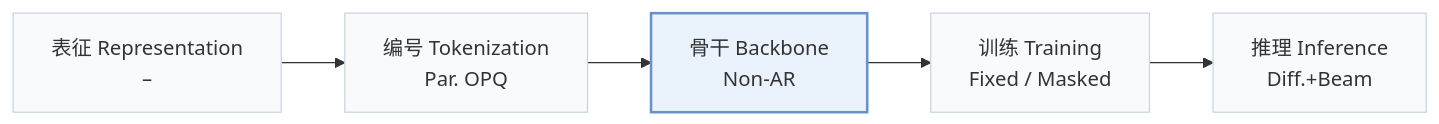
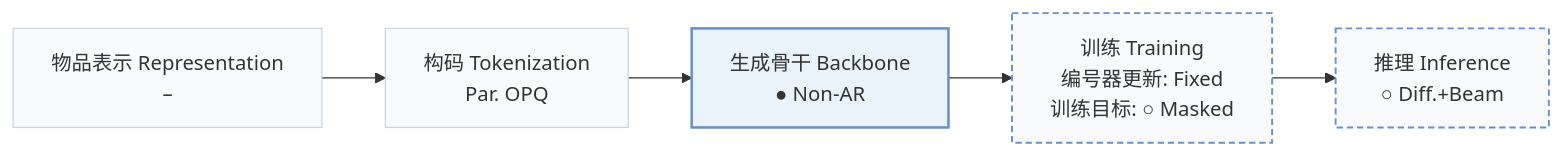
The first of 2 diagrams in pages/zh/papers/mdgr.md (Galaxy-ghost/Awesome-SID-Generative-Rec), drawn with Mermaid before and after one commit. The commit also changed other lines of this file and 558 other files, not shown here.

````diff
--- a/pages/zh/papers/mdgr.md
+++ b/pages/zh/papers/mdgr.md
@@ -15,8 +18,10 @@
 ```mermaid
 flowchart LR
-    R["表征 Representation<br/>–"] --> T["编号 Tokenization<br/>Par. OPQ"] --> B["骨干 Backbone<br/>Non-AR"] --> TR["训练 Training<br/>Fixed / Masked"] --> I["推理 Inference<br/>Diff.+Beam"]
+    R["物品表示 Representation<br/>–"] --> T["构码 Tokenization<br/>Par. OPQ"] --> B["生成骨干 Backbone<br/>● Non-AR"] --> TR["训练 Training<br/>编号器更新: Fixed<br/>训练目标: ○ Masked"] --> I["推理 Inference<br/>○ Diff.+Beam"]
     classDef base fill:#f8fafc,stroke:#cbd5e1
     class R,T,B,TR,I base
+    classDef other fill:#f8fafc,stroke:#6b8fc7,stroke-width:1.5px,stroke-dasharray:5 3
+    class TR,I other
     classDef main fill:#eaf2fb,stroke:#6b8fc7,stroke-width:2px
     class B main
 ```
````
